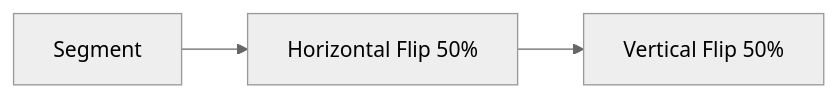
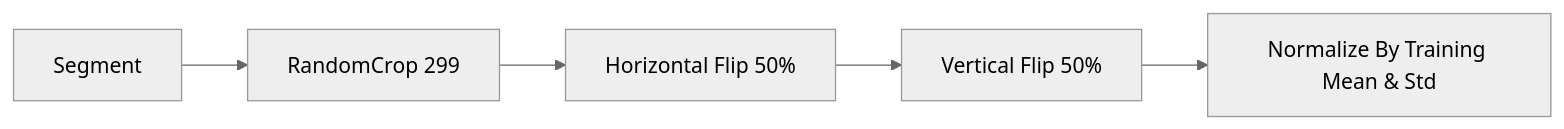
The third of 5 diagrams in Writerside/topics/Model-Test-Chestnut-May-Dec.md (harvardXedujames/FRDC-ML), drawn with Mermaid (neutral theme) before and after one commit. The commit also changed other lines of this file and 1 other file, not shown here.

````diff
--- a/Writerside/topics/Model-Test-Chestnut-May-Dec.md
+++ b/Writerside/topics/Model-Test-Chestnut-May-Dec.md
@@ -70,5 +56,7 @@
 ```mermaid
-graph >
-    Segment --> HFLip[Horizontal Flip 50%]
-    HFLip --> VFLip[Vertical Flip 50%]
+graph LR
+    A[Segment] --> B[RandomCrop 299]
+    B --> C[Horizontal Flip 50%]
+    C --> D[Vertical Flip 50%]
+    D --> E[Normalize By Training Mean & Std]
 ```
````
